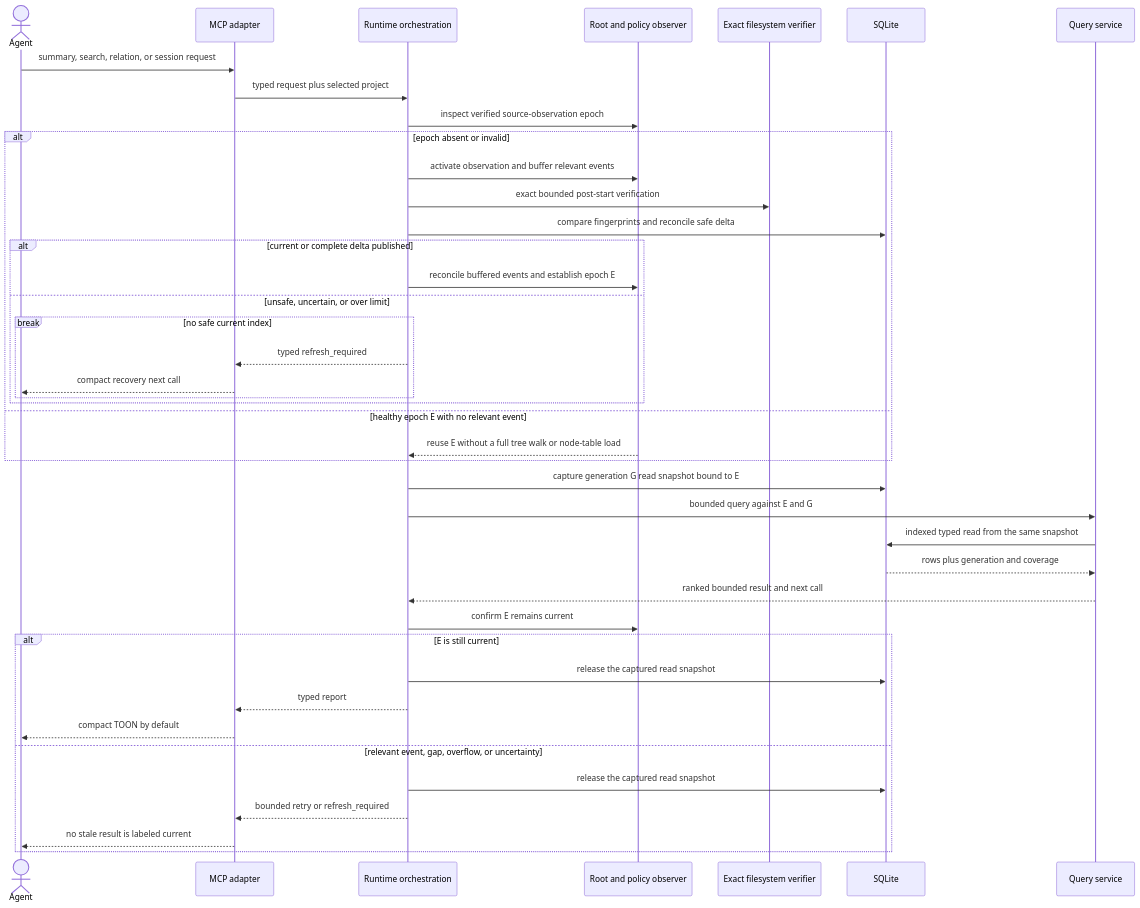
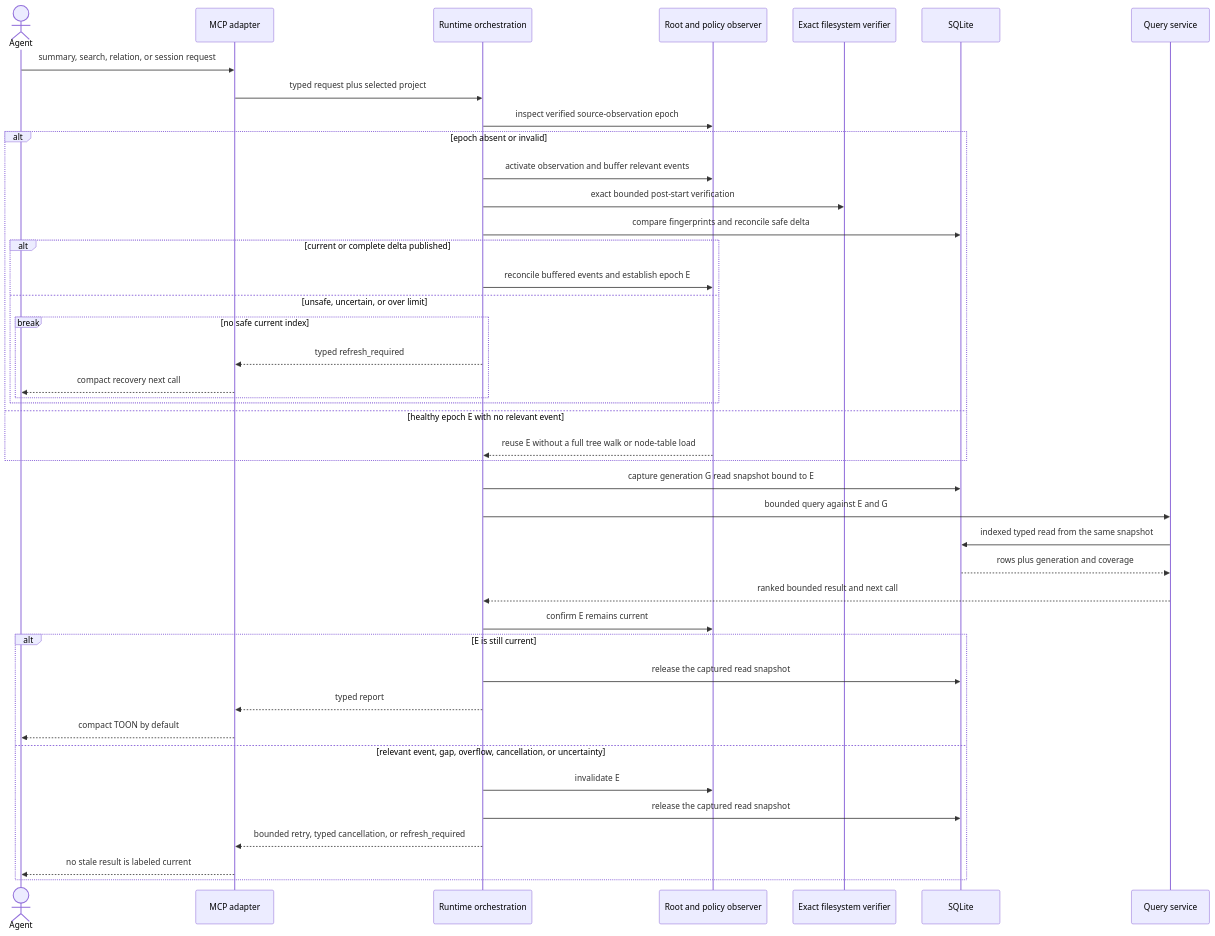
The sixth of 18 diagrams in docs/projectatlas-3-architecture.md (styler-ai/ProjectAtlas), drawn with Mermaid before and after one commit. The commit also changed other lines of this file and 96 other files, not shown here.

````diff
--- a/docs/projectatlas-3-architecture.md
+++ b/docs/projectatlas-3-architecture.md
@@ -675,44 +720,45 @@
 ```mermaid
 sequenceDiagram
     actor Agent
     participant MCP as MCP adapter
     participant Runtime as Runtime orchestration
     participant Observer as Root and policy observer
     participant FS as Exact filesystem verifier
     participant DB as SQLite
     participant Service as Query service
 
     Agent->>MCP: summary, search, relation, or session request
     MCP->>Runtime: typed request plus selected project
     Runtime->>Observer: inspect verified source-observation epoch
     alt epoch absent or invalid
         Runtime->>Observer: activate observation and buffer relevant events
         Runtime->>FS: exact bounded post-start verification
         Runtime->>DB: compare fingerprints and reconcile safe delta
         alt current or complete delta published
             Runtime->>Observer: reconcile buffered events and establish epoch E
         else unsafe, uncertain, or over limit
             break no safe current index
                 Runtime-->>MCP: typed refresh_required
                 MCP-->>Agent: compact recovery next call
             end
         end
     else healthy epoch E with no relevant event
         Observer-->>Runtime: reuse E without a full tree walk or node-table load
     end
     Runtime->>DB: capture generation G read snapshot bound to E
     Runtime->>Service: bounded query against E and G
     Service->>DB: indexed typed read from the same snapshot
     DB-->>Service: rows plus generation and coverage
     Service-->>Runtime: ranked bounded result and next call
     Runtime->>Observer: confirm E remains current
     alt E is still current
         Runtime->>DB: release the captured read snapshot
         Runtime-->>MCP: typed report
         MCP-->>Agent: compact TOON by default
-    else relevant event, gap, overflow, or uncertainty
+    else relevant event, gap, overflow, cancellation, or uncertainty
+        Runtime->>Observer: invalidate E
         Runtime->>DB: release the captured read snapshot
-        Runtime-->>MCP: bounded retry or refresh_required
+        Runtime-->>MCP: bounded retry, typed cancellation, or refresh_required
         MCP-->>Agent: no stale result is labeled current
     end
 ```
````
